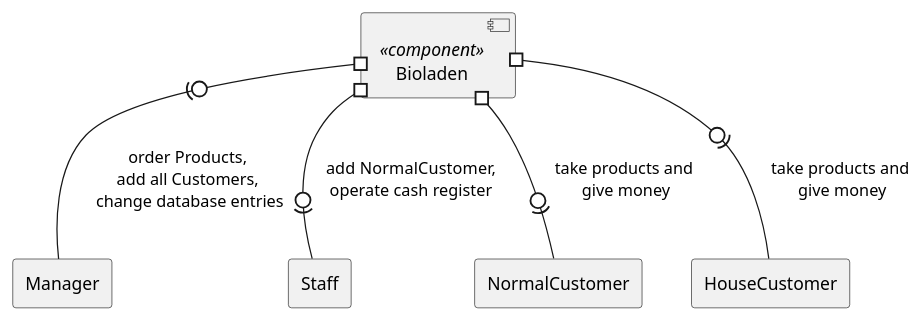
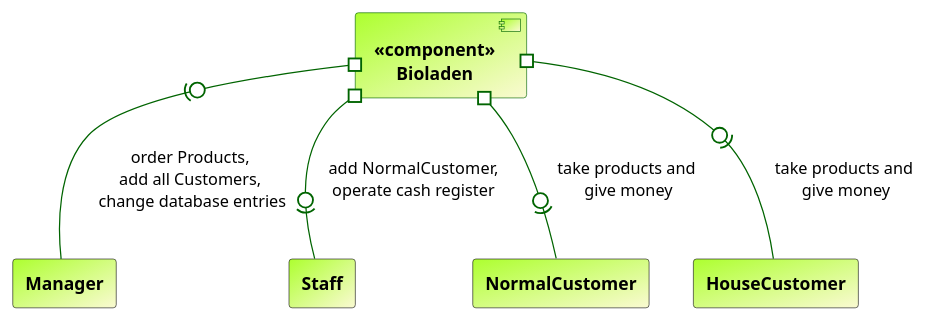
One commit to LimitlessGreen/swt18w43 changed the diagram in src/main/asciidoc/models/analysis/ContextDiagram.puml. Above: the diagram before and after it, drawn with PlantUML. The commit also changed 3 other files, not shown here.

Commit message:
[improved] Analysisdiagrams

```diff
--- a/src/main/asciidoc/models/analysis/ContextDiagram.puml
+++ b/src/main/asciidoc/models/analysis/ContextDiagram.puml
@@ -1,27 +1,43 @@
 @startuml
 skinparam componentStyle uml2
 'skinparam linetype ortho
 'skinparam handwritten true
 skinparam componentStyle uml2
+
+skinparam rectangle {
+    fontStyle bold
+	BackgroundColor #GreenYellow/LightGoldenRodYellow
+
+}
+
+skinparam component {
+    fontStyle bold
+	BackgroundColor #GreenYellow/LightGoldenRodYellow
+    BorderColor darkgreen
+}
+
+skinparam Arrow {
+    Color darkgreen
+}
 
 
 
 
 component [Bioladen] <<component>> as proc
 
 rectangle "Manager" as k1
 rectangle "Staff" as k2
 rectangle "NormalCustomer" as k3
 rectangle "HouseCustomer" as k4
 
 proc #-0)- k2: add NormalCustomer,\noperate cash register
 
 proc #-0)- k1: order Products, \nadd all Customers, \nchange database entries
 
 proc #-0)- k3: take products and \ngive money
 
 proc #-0)- k4: take products and \ngive money
 
 
 
 @enduml
```
